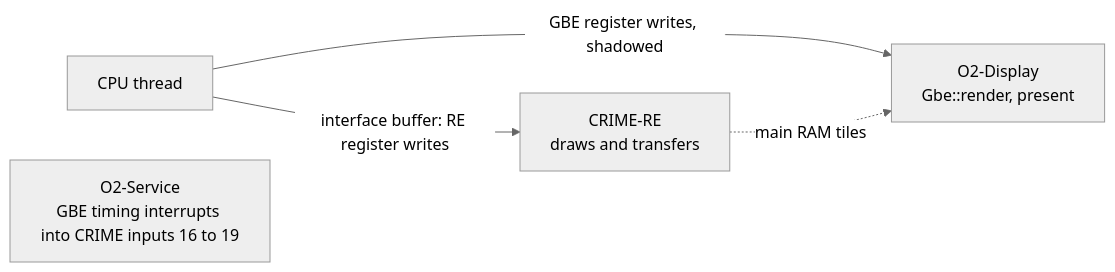
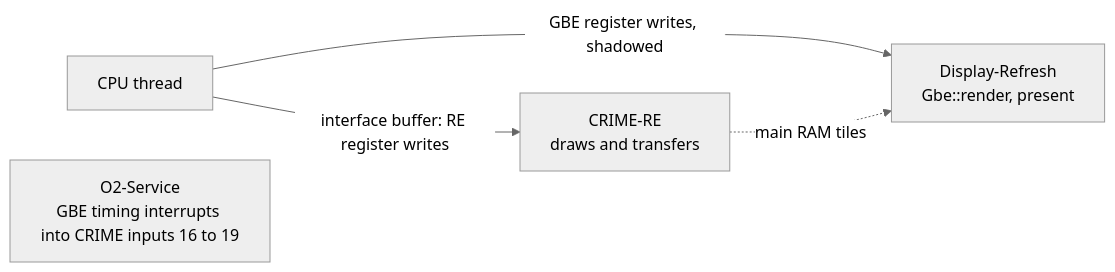
Before and after one commit to techomancer/iris: the third of 3 diagrams in docs/graphics/o2.md, drawn with Mermaid (neutral theme). The commit also changed other lines of this file and 8 other files, not shown here.

First line of the commit message:
docs: the display refresh thread

````diff
--- a/docs/graphics/o2.md
+++ b/docs/graphics/o2.md
@@ -89,7 +89,7 @@
 ```mermaid
 flowchart LR
   cpu["CPU thread"] -->|interface buffer: RE register writes| re["CRIME-RE<br/>draws and transfers"]
-  cpu -->|GBE register writes, shadowed| disp["O2-Display<br/>Gbe::render, present"]
+  cpu -->|GBE register writes, shadowed| disp["Display-Refresh<br/>Gbe::render, present"]
   re -.->|main RAM tiles| disp
   svc["O2-Service<br/>GBE timing interrupts into CRIME inputs 16 to 19"]
 ```
````
